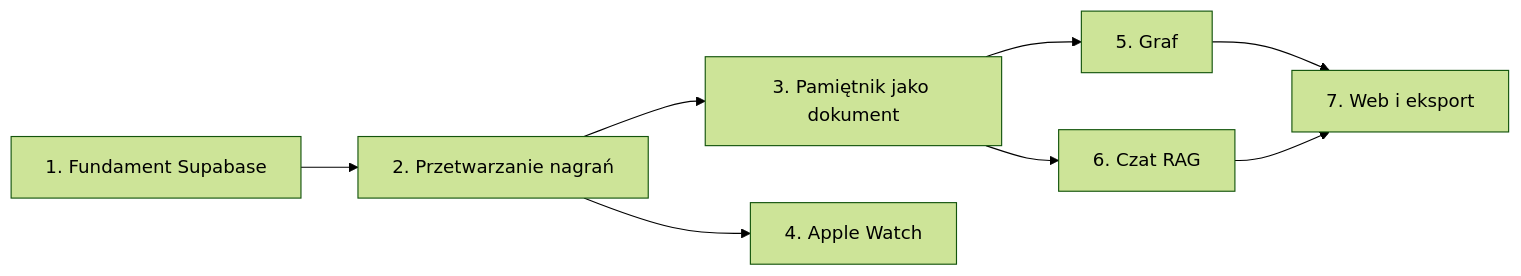
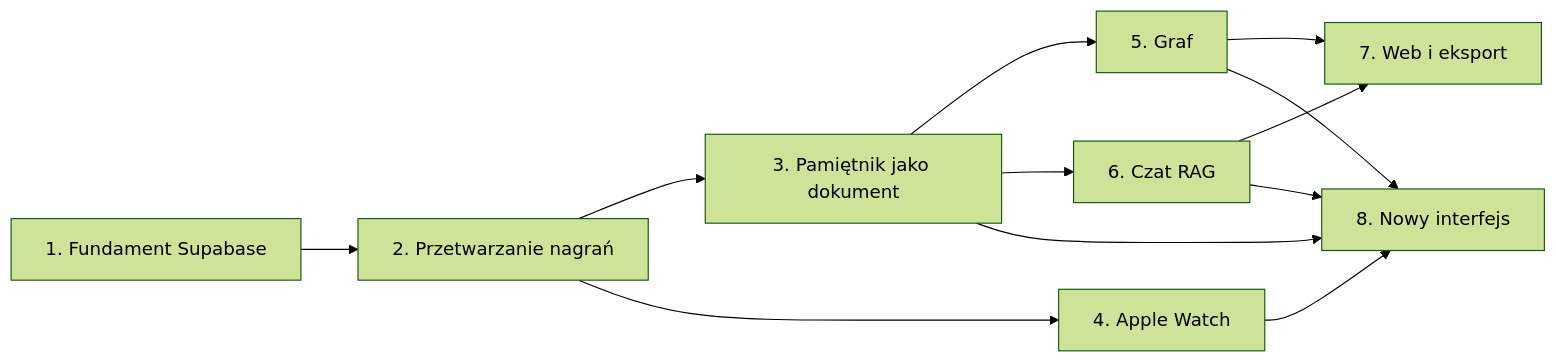
The diagram in docs/04-roadmapa.md (aiprojectmanagersznurowski-afk/diary_app), drawn with Mermaid (forest theme) before and after one commit. The commit also changed other lines of this file and 10 other files, not shown here.

````diff
--- a/docs/04-roadmapa.md
+++ b/docs/04-roadmapa.md
@@ -5,10 +5,14 @@
 ```mermaid
 flowchart LR
   F1[1. Fundament Supabase] --> F2[2. Przetwarzanie nagrań]
   F2 --> F3[3. Pamiętnik jako dokument]
   F2 --> F4[4. Apple Watch]
   F3 --> F5[5. Graf]
   F3 --> F6[6. Czat RAG]
   F5 --> F7[7. Web i eksport]
   F6 --> F7
+  F3 --> F8[8. Nowy interfejs]
+  F4 --> F8
+  F5 --> F8
+  F6 --> F8
 ```
````
